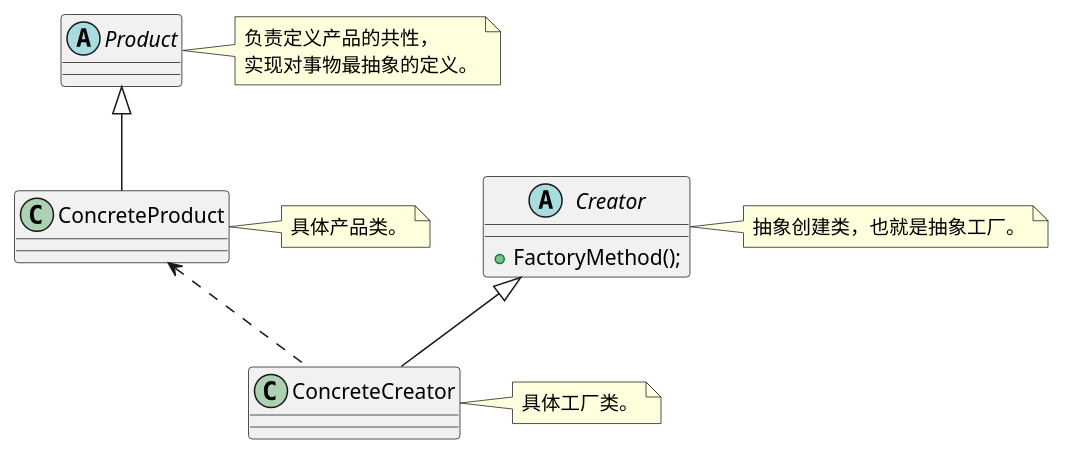
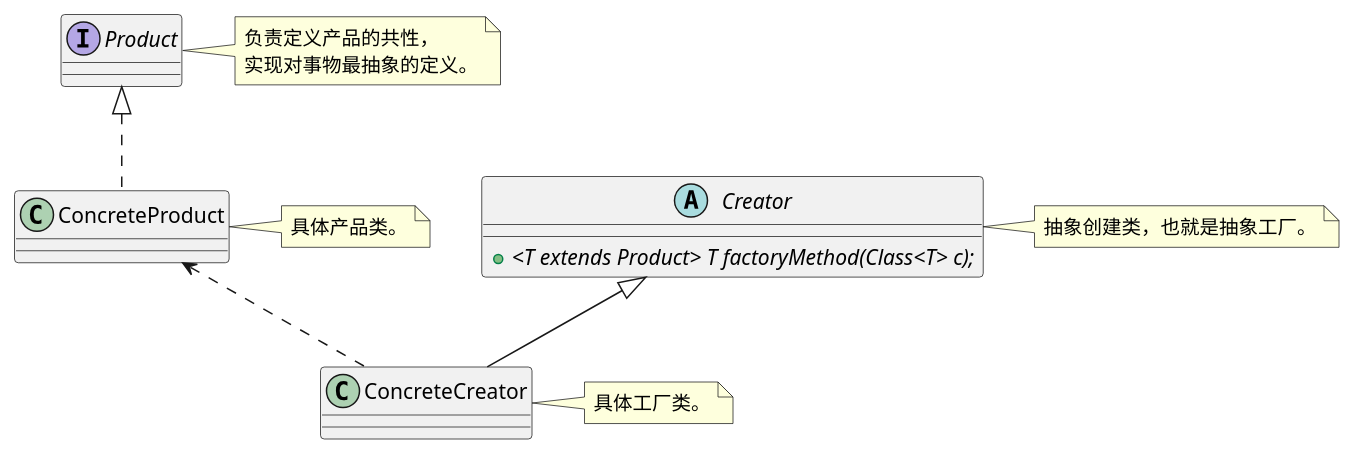
Before and after one commit to haoy1220/The-Zen-of-Design-Patterns: the diagram in src/main/resources/Factory.puml, drawn with PlantUML. The commit also changed 15 other files, not shown here.

```diff
--- a/src/main/resources/Factory.puml
+++ b/src/main/resources/Factory.puml
@@ -1,27 +1,26 @@
 @startuml
 
-abstract class Product
+interface Product
 
 note right of Product:负责定义产品的共性，\n实现对事物最抽象的定义。
 
 class ConcreteProduct
 
-Product <|-- ConcreteProduct
+Product <|.. ConcreteProduct
 
 note right of ConcreteProduct:具体产品类。
 
-class ConcreteCreator
-
-Creator<|--ConcreteCreator
+class ConcreteCreator{
+}
+note right of ConcreteCreator:具体工厂类。
 
 abstract class Creator{
-+ FactoryMethod();
++ {abstract}<T extends Product> T factoryMethod(Class<T> c);
 }
-
 note right of Creator:抽象创建类，也就是抽象工厂。
-
+Creator<|--ConcreteCreator
 ConcreteProduct<..ConcreteCreator
 
-note right of ConcreteCreator:具体工厂类。
+
 
 @enduml
```
